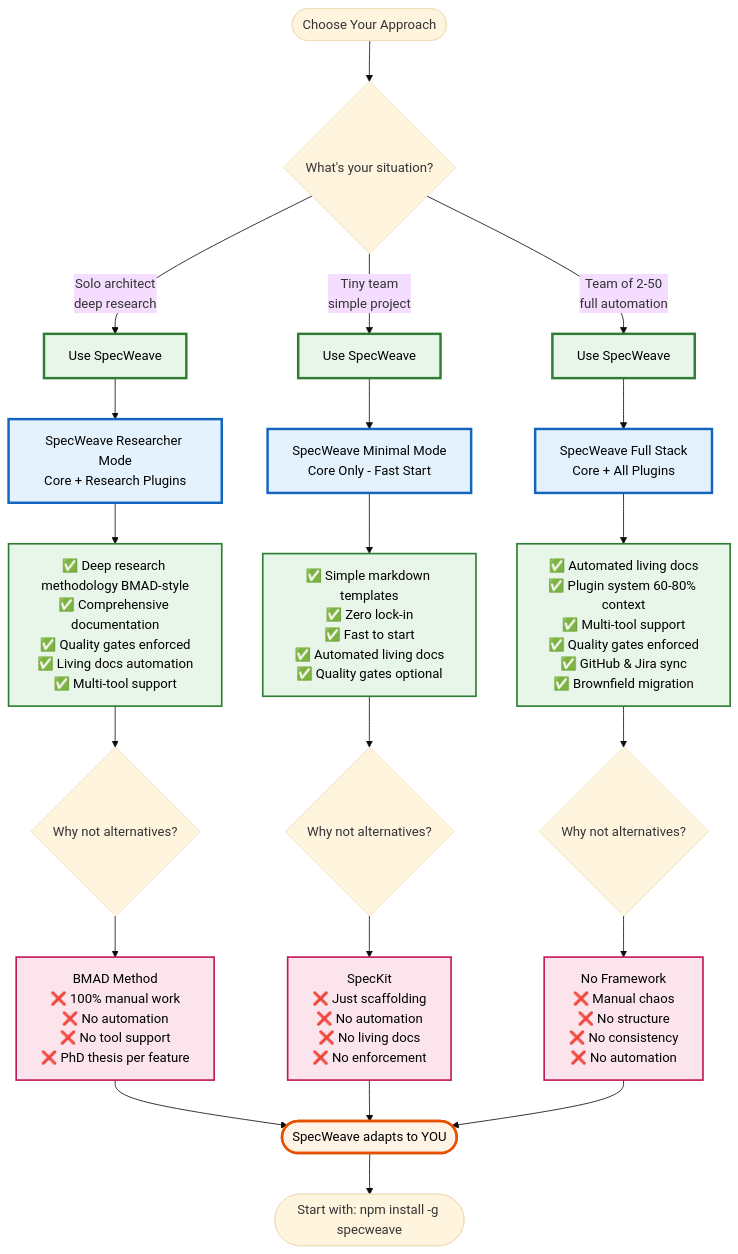
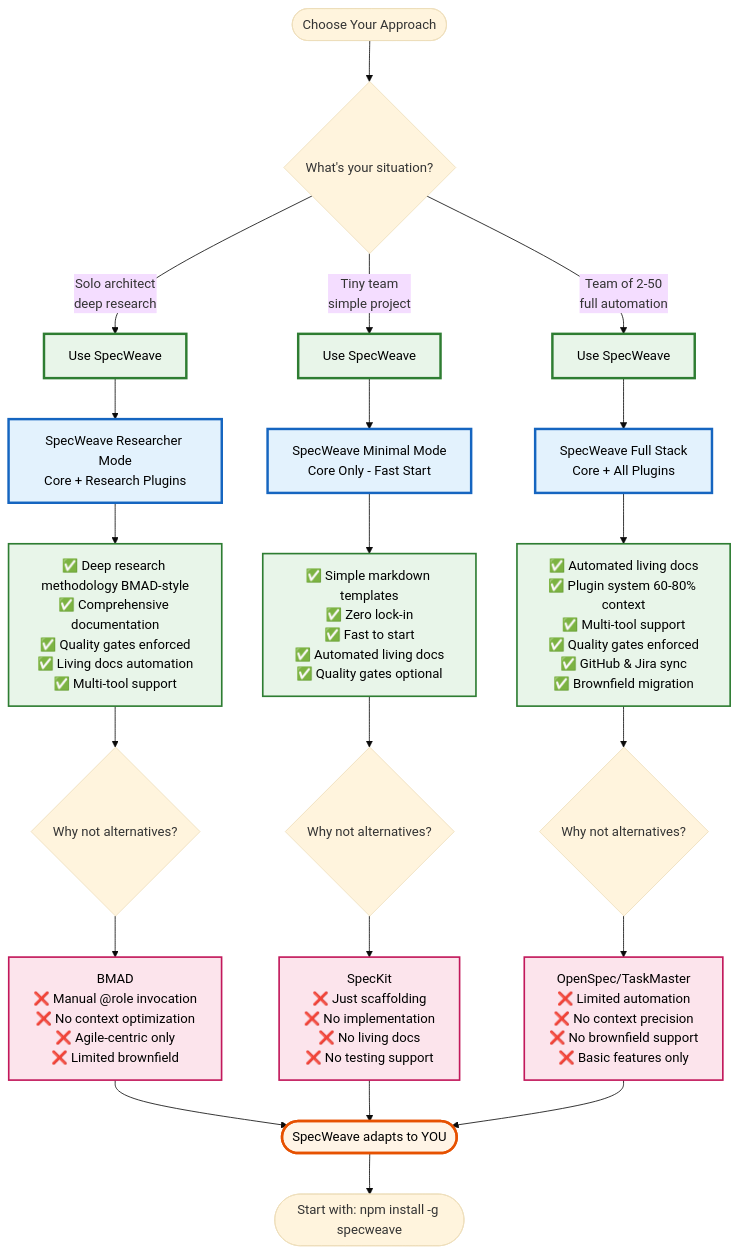
One commit to anton-abyzov/specweave changed the diagram in .specweave/docs/internal/architecture/diagrams/6-comparison-matrix.mmd. Above: the diagram before and after it, drawn with Mermaid (base theme). The commit also changed 140 other files, not shown here.

```diff
--- a/.specweave/docs/internal/architecture/diagrams/6-comparison-matrix.mmd
+++ b/.specweave/docs/internal/architecture/diagrams/6-comparison-matrix.mmd
@@ -1,45 +1,45 @@
 flowchart TD
     Start([Choose Your Approach]) --> Question{What's your situation?}
 
     Question -->|Solo architect<br/>deep research| Solo[Use SpecWeave]
     Question -->|Tiny team<br/>simple project| Team[Use SpecWeave]
     Question -->|Team of 2-50<br/>full automation| Enterprise[Use SpecWeave]
 
     Solo --> SoloMode[SpecWeave Researcher Mode<br/>Core + Research Plugins]
     Team --> TeamMode[SpecWeave Minimal Mode<br/>Core Only - Fast Start]
     Enterprise --> EnterpriseMode[SpecWeave Full Stack<br/>Core + All Plugins]
 
     SoloMode --> SoloFeatures[✅ Deep research methodology BMAD-style<br/>✅ Comprehensive documentation<br/>✅ Quality gates enforced<br/>✅ Living docs automation<br/>✅ Multi-tool support]
 
     TeamMode --> TeamFeatures[✅ Simple markdown templates<br/>✅ Zero lock-in<br/>✅ Fast to start<br/>✅ Automated living docs<br/>✅ Quality gates optional]
 
     EnterpriseMode --> EnterpriseFeatures[✅ Automated living docs<br/>✅ Plugin system 60-80% context<br/>✅ Multi-tool support<br/>✅ Quality gates enforced<br/>✅ GitHub & Jira sync<br/>✅ Brownfield migration]
 
     SoloFeatures --> Alternatives1{Why not alternatives?}
     TeamFeatures --> Alternatives2{Why not alternatives?}
     EnterpriseFeatures --> Alternatives3{Why not alternatives?}
 
-    Alternatives1 --> BMADLimits[BMAD Method<br/>❌ 100% manual work<br/>❌ No automation<br/>❌ No tool support<br/>❌ PhD thesis per feature]
+    Alternatives1 --> BMADLimits[BMAD<br/>❌ Manual @role invocation<br/>❌ No context optimization<br/>❌ Agile-centric only<br/>❌ Limited brownfield]
 
-    Alternatives2 --> SpecKitLimits[SpecKit<br/>❌ Just scaffolding<br/>❌ No automation<br/>❌ No living docs<br/>❌ No enforcement]
+    Alternatives2 --> SpecKitLimits[SpecKit<br/>❌ Just scaffolding<br/>❌ No implementation<br/>❌ No living docs<br/>❌ No testing support]
 
-    Alternatives3 --> NoFramework[No Framework<br/>❌ Manual chaos<br/>❌ No structure<br/>❌ No consistency<br/>❌ No automation]
+    Alternatives3 --> OpenSpecLimits[OpenSpec/TaskMaster<br/>❌ Limited automation<br/>❌ No context precision<br/>❌ No brownfield support<br/>❌ Basic features only]
 
     BMADLimits --> Decision([SpecWeave adapts to YOU])
     SpecKitLimits --> Decision
-    NoFramework --> Decision
+    OpenSpecLimits --> Decision
 
     Decision --> End([Start with: npm install -g specweave])
 
     %% HIGH CONTRAST STYLING
     classDef specweave fill:#E8F5E9,stroke:#2E7D32,stroke-width:3px,color:#000000
     classDef mode fill:#E3F2FD,stroke:#1565C0,stroke-width:3px,color:#000000
     classDef features fill:#E8F5E9,stroke:#2E7D32,stroke-width:2px,color:#000000
     classDef limits fill:#FCE4EC,stroke:#C2185B,stroke-width:2px,color:#000000
     classDef decision fill:#FFF4E6,stroke:#E65100,stroke-width:3px,color:#000000
 
     class Solo,Team,Enterprise specweave
     class SoloMode,TeamMode,EnterpriseMode mode
     class SoloFeatures,TeamFeatures,EnterpriseFeatures features
-    class BMADLimits,SpecKitLimits,NoFramework limits
+    class BMADLimits,SpecKitLimits,OpenSpecLimits limits
     class Decision decision
```
